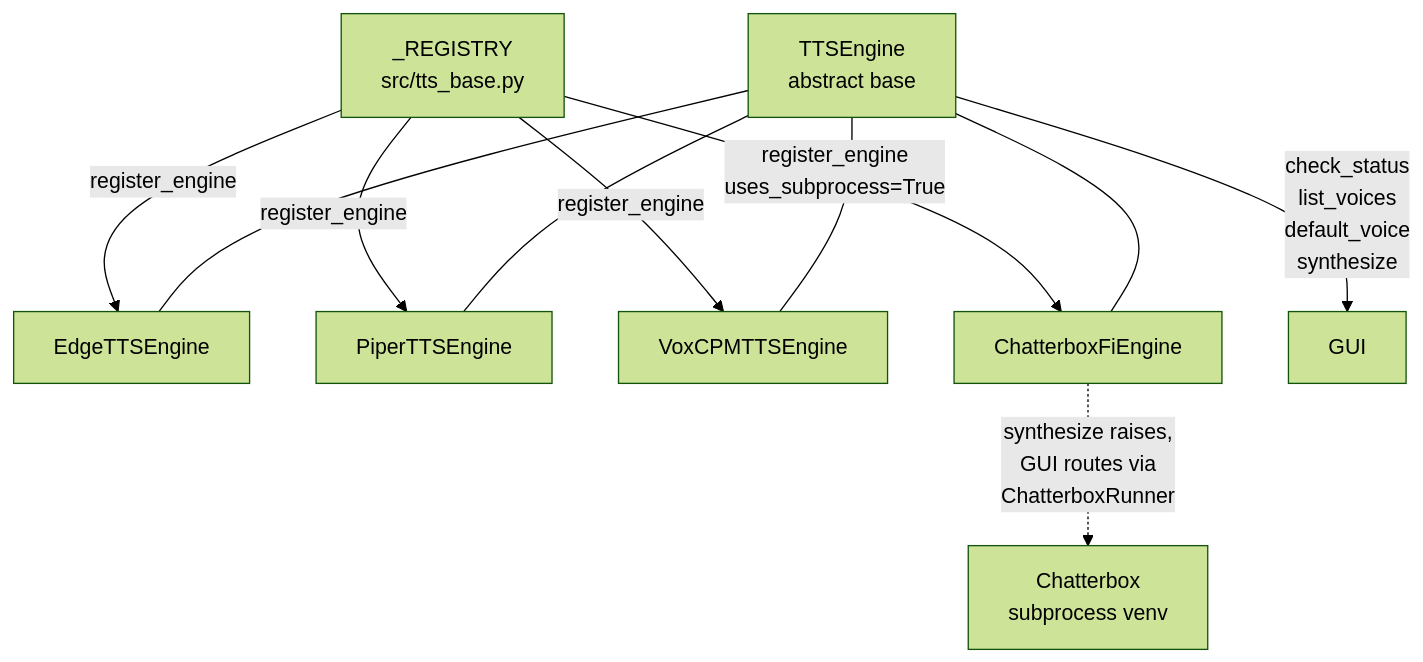
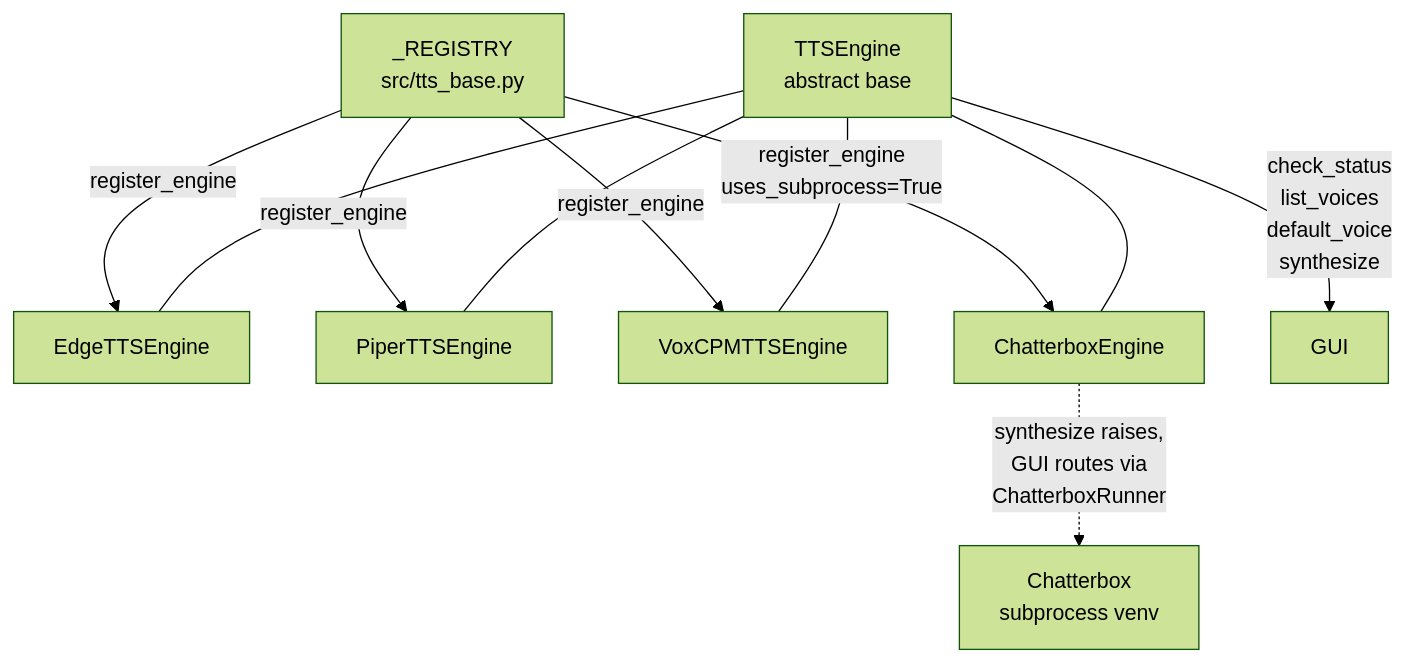
Before and after one commit to MikkoNumminen/AudiobookMaker: the third of 7 diagrams in docs/ARCHITECTURE.md, drawn with Mermaid (forest theme). The commit also changed 7 other files, not shown here.

First line of the commit message:
refactor(engine): fix review nits on chatterbox_grandmom rename

````diff
--- a/docs/ARCHITECTURE.md
+++ b/docs/ARCHITECTURE.md
@@ -91,13 +91,13 @@
 ```mermaid
 flowchart TD
     R[_REGISTRY<br/>src/tts_base.py] -->|register_engine| E[EdgeTTSEngine]
     R -->|register_engine| P[PiperTTSEngine]
     R -->|register_engine| V[VoxCPMTTSEngine]
-    R -->|register_engine<br/>uses_subprocess=True| C[ChatterboxFiEngine]
+    R -->|register_engine<br/>uses_subprocess=True| C[ChatterboxEngine]
     Base[TTSEngine<br/>abstract base] --- E
     Base --- P
     Base --- V
     Base --- C
     Base -->|check_status<br/>list_voices<br/>default_voice<br/>synthesize| GUI
     C -.->|synthesize raises,<br/>GUI routes via<br/>ChatterboxRunner| SUB[Chatterbox<br/>subprocess venv]
 ```
````
